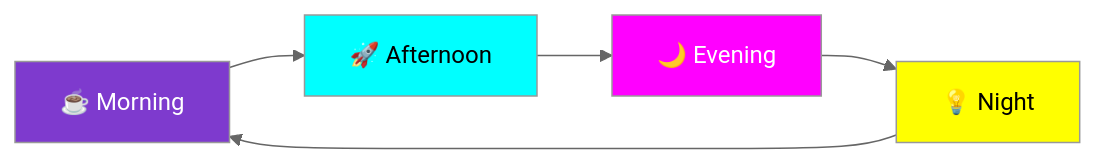
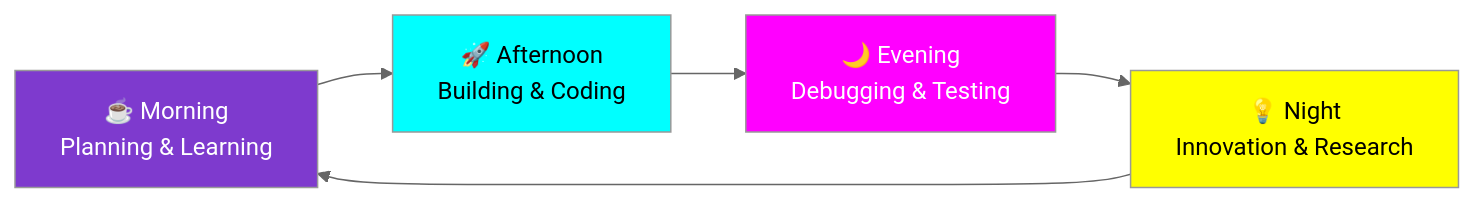
The first of 2 diagrams in README.md (adelana107/adelana107), drawn with Mermaid (neutral theme) before and after one commit. The commit also changed other lines of this file, not shown here.

````diff
--- a/README.md
+++ b/README.md
@@ -310,12 +310,12 @@
 ```mermaid
 graph LR
-    A[☕ Morning] --> B[🚀 Afternoon]
-    B --> C[🌙 Evening]
-    C --> D[💡 Night]
+    A[☕ Morning<br/>Planning & Learning] --> B[🚀 Afternoon<br/>Building & Coding]
+    B --> C[🌙 Evening<br/>Debugging & Testing]
+    C --> D[💡 Night<br/>Innovation & Research]
     D --> A
     
     style A fill:#7E3ACE,color:#fff
     style B fill:#00FFFF,color:#000
     style C fill:#FF00FF,color:#fff
     style D fill:#FFFF00,color:#000
 ```
````
